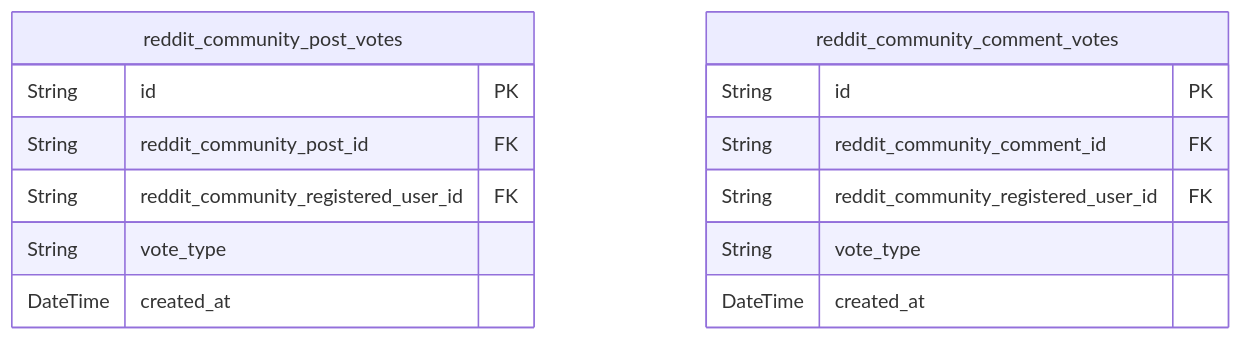
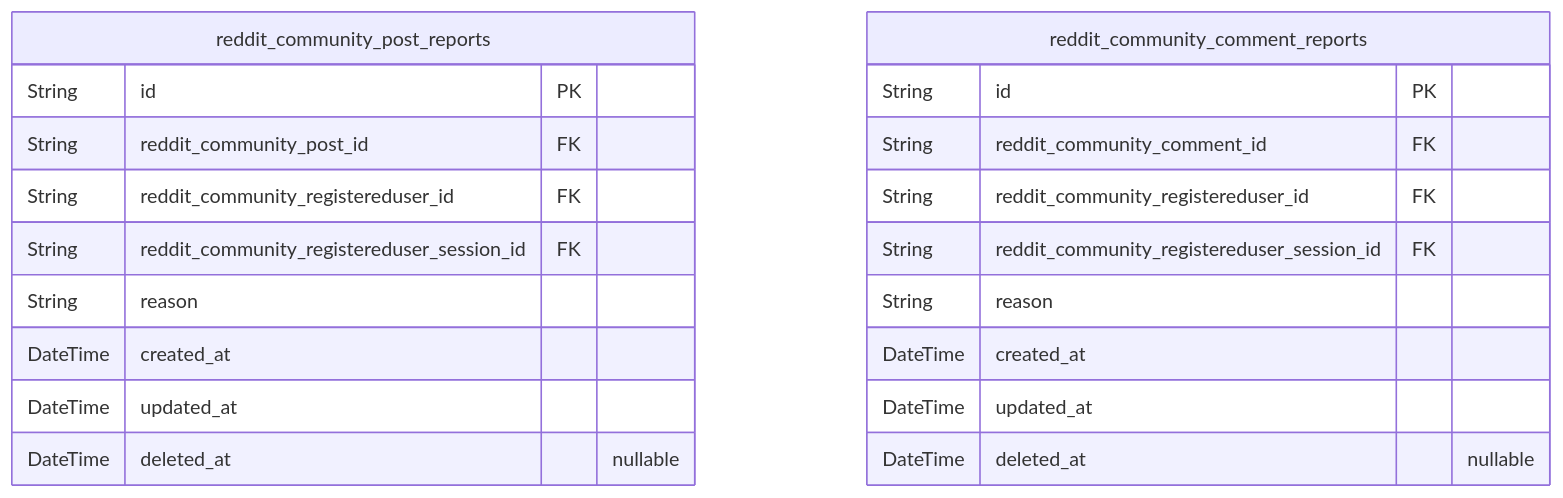
The fifth of 5 diagrams in openai/gpt-4.1-mini/reddit/docs/ERD.md (wrtnlabs/autobe-examples), drawn with Mermaid before and after one commit. The commit also changed other lines of this file and 1746 other files, not shown here.

````diff
--- a/openai/gpt-4.1-mini/reddit/docs/ERD.md
+++ b/openai/gpt-4.1-mini/reddit/docs/ERD.md
@@ -471,17 +530,23 @@
 ```mermaid
 erDiagram
-"reddit_community_post_votes" {
+"reddit_community_post_reports" {
   String id PK
   String reddit_community_post_id FK
-  String reddit_community_registered_user_id FK
-  String vote_type
+  String reddit_community_registereduser_id FK
+  String reddit_community_registereduser_session_id FK
+  String reason
   DateTime created_at
+  DateTime updated_at
+  DateTime deleted_at "nullable"
 }
-"reddit_community_comment_votes" {
+"reddit_community_comment_reports" {
   String id PK
   String reddit_community_comment_id FK
-  String reddit_community_registered_user_id FK
-  String vote_type
+  String reddit_community_registereduser_id FK
+  String reddit_community_registereduser_session_id FK
+  String reason
   DateTime created_at
+  DateTime updated_at
+  DateTime deleted_at "nullable"
 }
 ```
````
